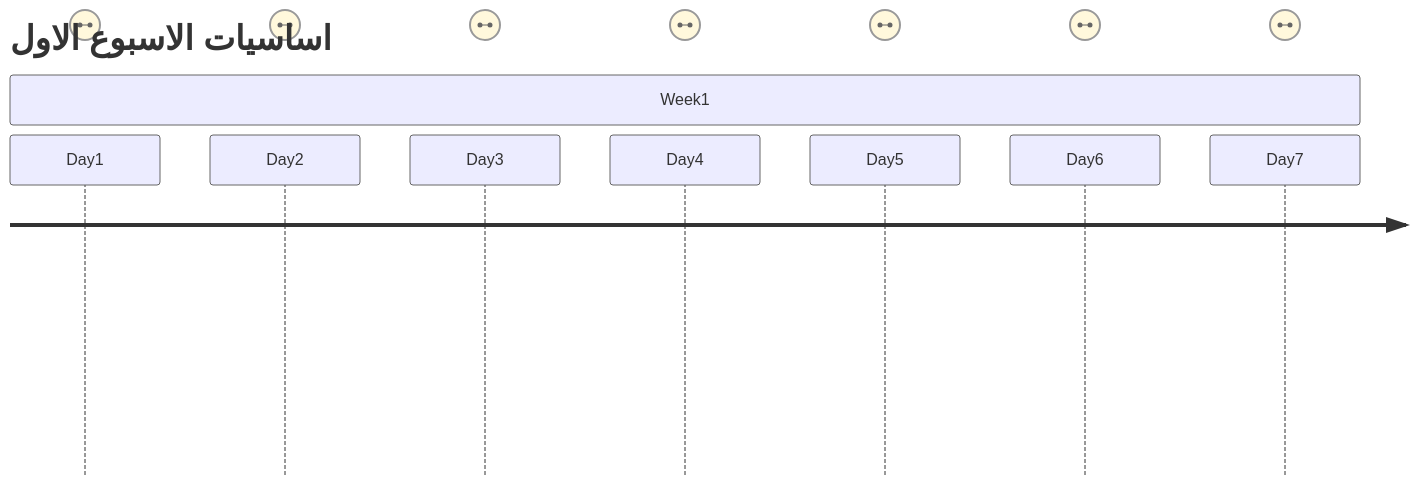
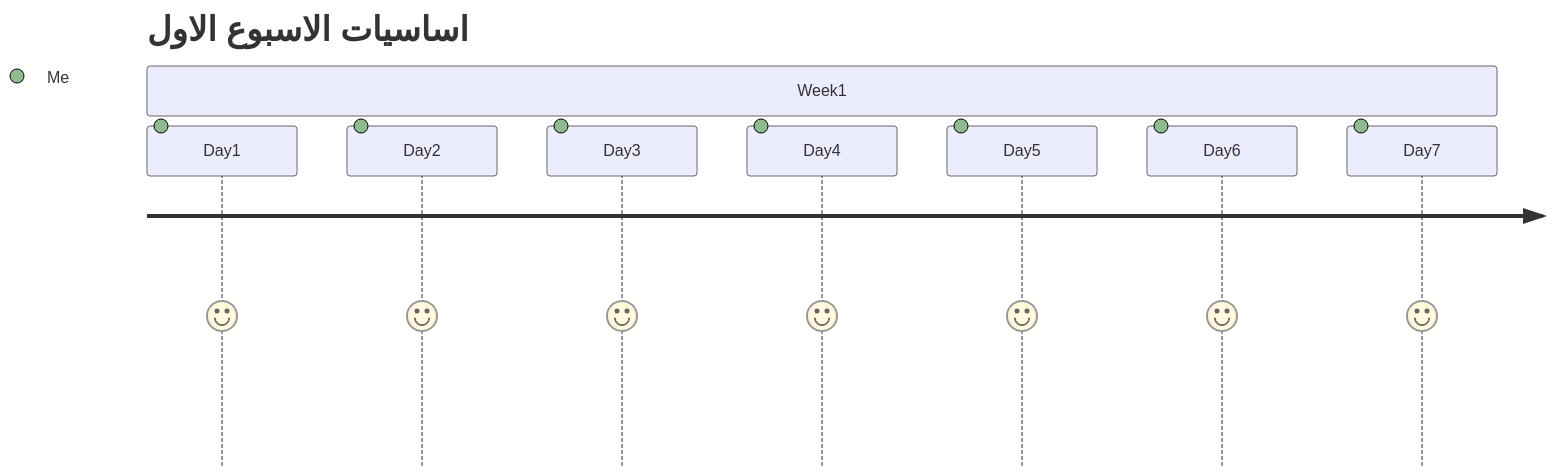
One commit to metigator/Roadmap changed the first of 2 diagrams in README.md. Above: the diagram before and after it, drawn with Mermaid.

````diff
--- a/README.md
+++ b/README.md
@@ -1,12 +1,12 @@
 ```mermaid
 journey
     title  اساسيات الاسبوع الاول
     section Week1
-      Day1 : Me
-      Day2 : Me
-      Day3 : Me 
-      Day4 : Me
-      Day5 : Me
-      Day6 : Me
-      Day7 : Me
+      Day1 : 5: Me
+      Day2 : 5: Me
+      Day3 : 5: Me 
+      Day4 : 5: Me
+      Day5 : 5: Me
+      Day6 : 5: Me
+      Day7 : 5: Me
 ```
````
